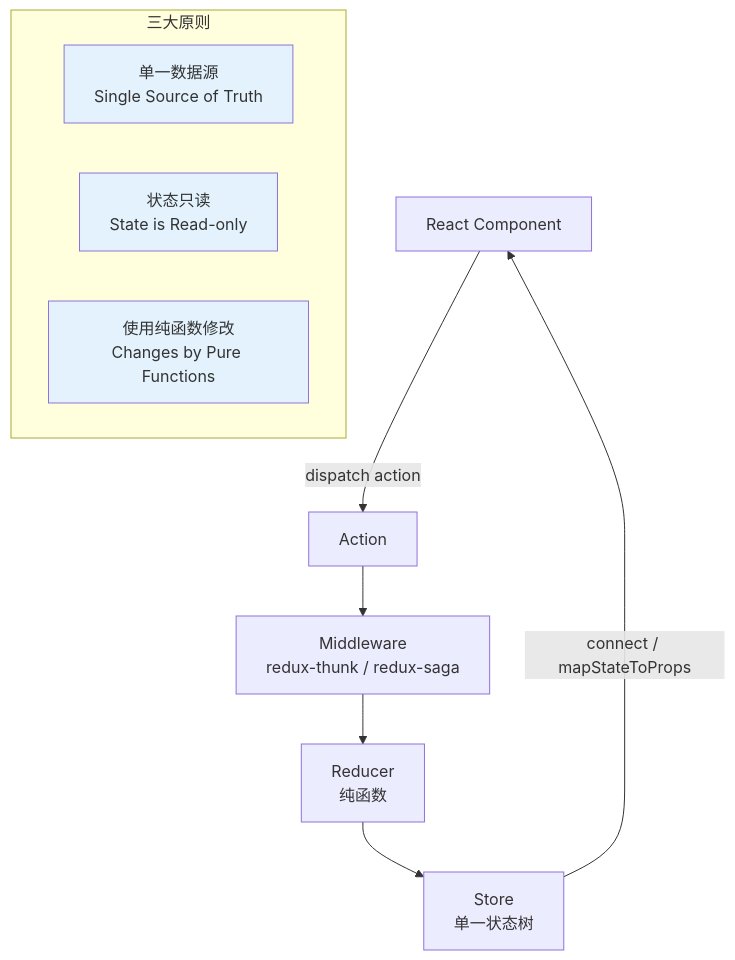
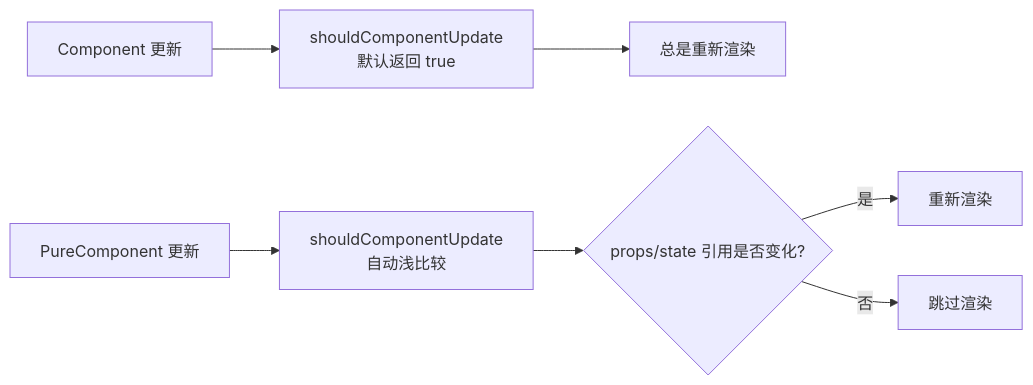
Before and after one commit to KMaybe01/common: the third of 21 diagrams in 00-基础常识/05-React-详解版.md, drawn with Mermaid. The commit also changed other lines of this file and 10 other files, not shown here.

````diff
--- a/00-基础常识/05-React-详解版.md
+++ b/00-基础常识/05-React-详解版.md
@@ -687,18 +275,10 @@
 ```mermaid
-flowchart TD
-    A["React Component"] -->|dispatch action| B["Action"]
-    B --> C["Middleware\nredux-thunk / redux-saga"]
-    C --> D["Reducer\n纯函数"]
-    D --> E["Store\n单一状态树"]
-    E -->|connect / mapStateToProps| A
-    
-    subgraph 三大原则
-        P1["单一数据源\nSingle Source of Truth"]
-        P2["状态只读\nState is Read-only"]
-        P3["使用纯函数修改\nChanges by Pure Functions"]
-    end
-    
-    style P1 fill:#e3f2fd
-    style P2 fill:#e3f2fd
-    style P3 fill:#e3f2fd
+flowchart LR
+    A["Component 更新"] --> B["shouldComponentUpdate<br/>默认返回 true"]
+    B --> C["总是重新渲染"]
+
+    D["PureComponent 更新"] --> E["shouldComponentUpdate<br/>自动浅比较"]
+    E --> F{"props/state 引用是否变化?"}
+    F -->|是| G["重新渲染"]
+    F -->|否| H["跳过渲染"]
 ```
````
